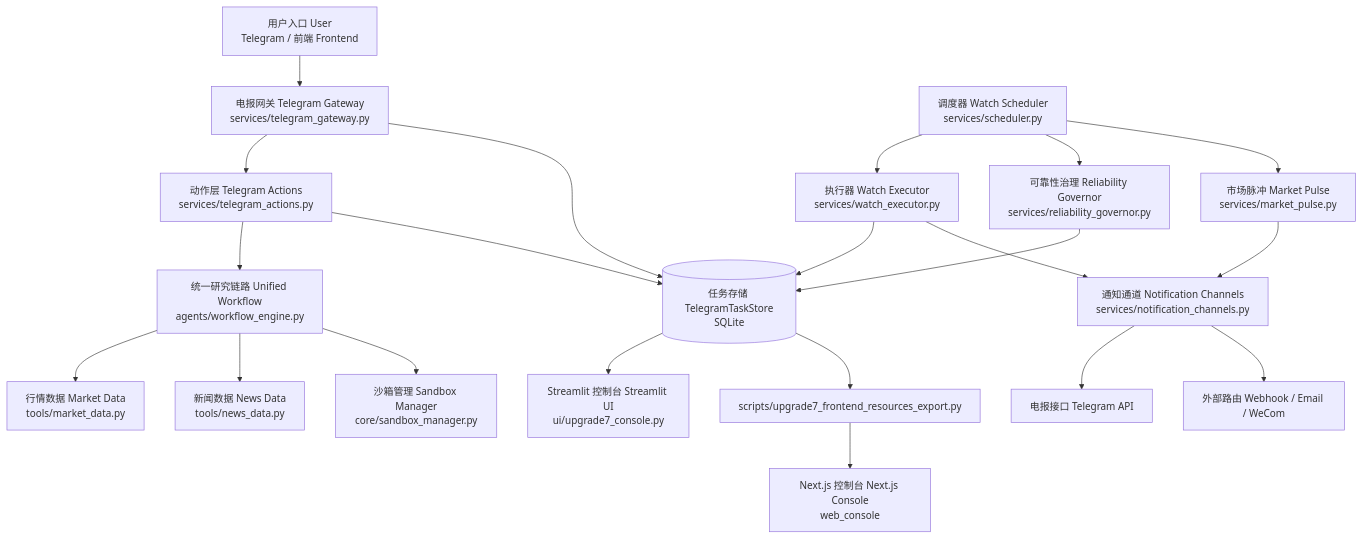
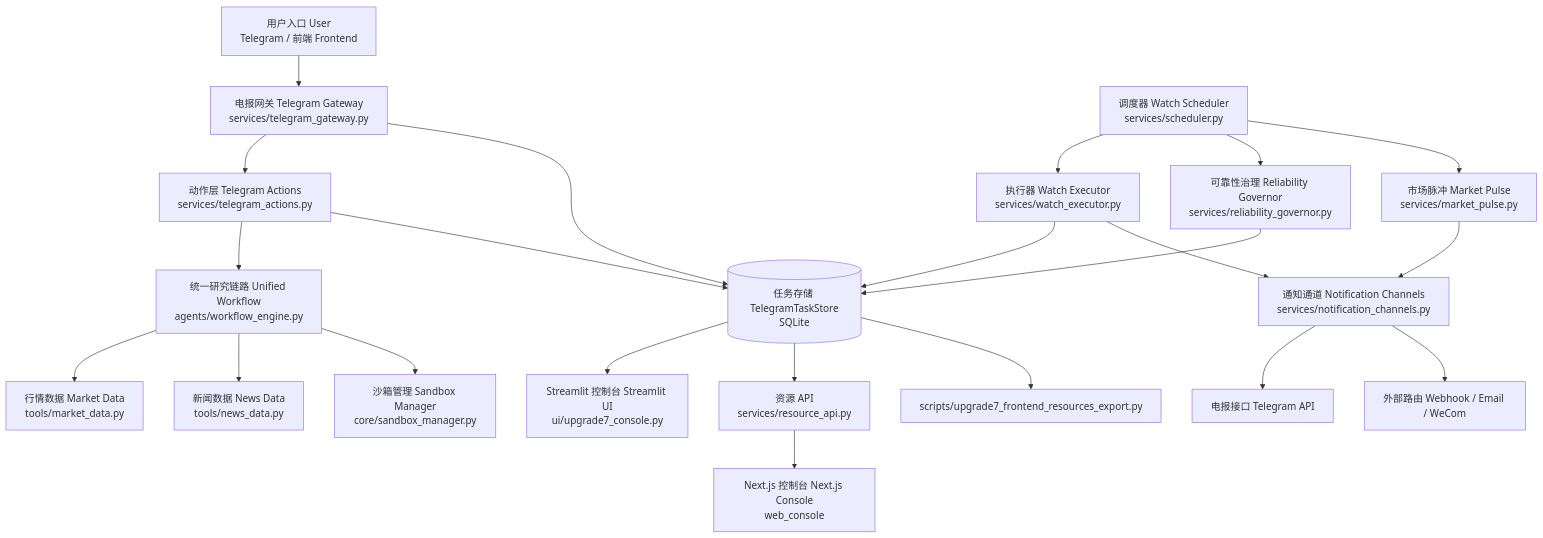
The first of 2 diagrams in README.md (standbyme626/Alpha-Insight), drawn with Mermaid before and after one commit. The commit also changed other lines of this file and 49 other files, not shown here.

````diff
--- a/README.md
+++ b/README.md
@@ -153,27 +153,28 @@
 ```mermaid
 graph TD
     U[用户入口 User<br/>Telegram / 前端 Frontend] --> TG[电报网关 Telegram Gateway<br/>services/telegram_gateway.py]
     TG --> TA[动作层 Telegram Actions<br/>services/telegram_actions.py]
     TA --> WF[统一研究链路 Unified Workflow<br/>agents/workflow_engine.py]
     WF --> MD[行情数据 Market Data<br/>tools/market_data.py]
     WF --> ND[新闻数据 News Data<br/>tools/news_data.py]
     WF --> SB[沙箱管理 Sandbox Manager<br/>core/sandbox_manager.py]
 
     TG --> TS[(任务存储 TelegramTaskStore<br/>SQLite)]
     TA --> TS
 
     SCH[调度器 Watch Scheduler<br/>services/scheduler.py] --> WE[执行器 Watch Executor<br/>services/watch_executor.py]
     WE --> TS
     WE --> NC[通知通道 Notification Channels<br/>services/notification_channels.py]
     NC --> TEL[电报接口 Telegram API]
     NC --> WEBH[外部路由 Webhook / Email / WeCom]
 
     SCH --> RG[可靠性治理 Reliability Governor<br/>services/reliability_governor.py]
     RG --> TS
     SCH --> MP[市场脉冲 Market Pulse<br/>services/market_pulse.py]
     MP --> NC
 
     TS --> FE1[Streamlit 控制台 Streamlit UI<br/>ui/upgrade7_console.py]
+    TS --> API[资源 API<br/>services/resource_api.py]
+    API --> FE2[Next.js 控制台 Next.js Console<br/>web_console]
     TS --> EXP[scripts/upgrade7_frontend_resources_export.py]
-    EXP --> FE2[Next.js 控制台 Next.js Console<br/>web_console]
 ```
````
